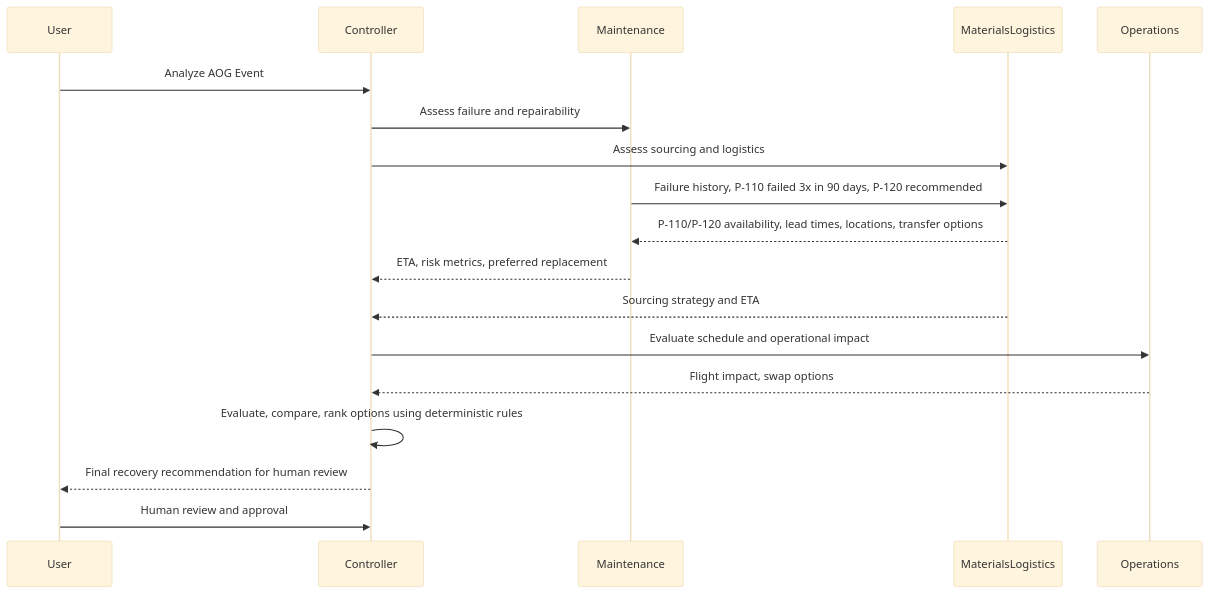
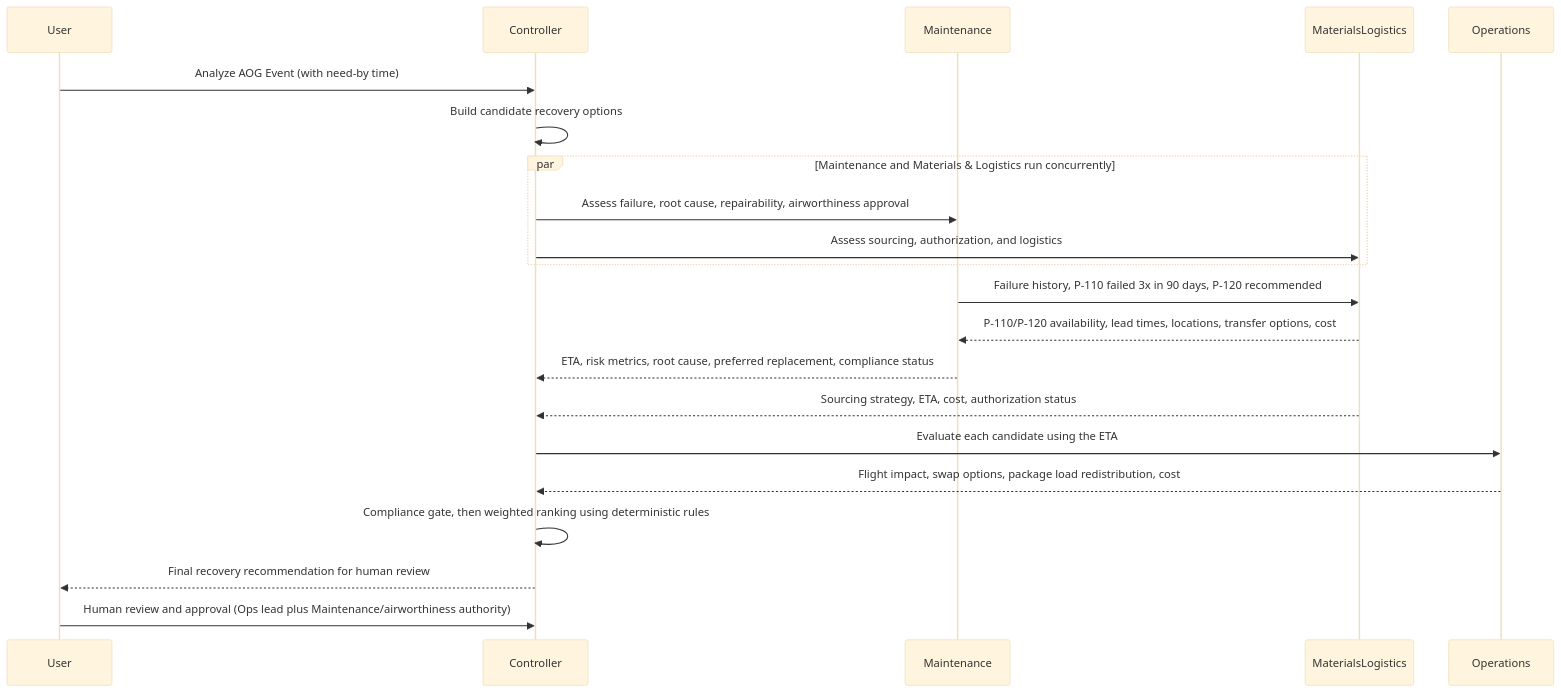
Before and after one commit to jguttikonda/fde_us03_cap: the fifth of 5 diagrams in docs/proposal.md, drawn with Mermaid (base theme). The commit also changed other lines of this file and 8 other files, not shown here.

````diff
--- a/docs/proposal.md
+++ b/docs/proposal.md
@@ -412,15 +455,18 @@
 ```mermaid
 sequenceDiagram
-User->>Controller: Analyze AOG Event
-Controller->>Maintenance: Assess failure and repairability
-Controller->>MaterialsLogistics: Assess sourcing and logistics
+User->>Controller: Analyze AOG Event (with need-by time)
+Controller->>Controller: Build candidate recovery options
+par Maintenance and Materials & Logistics run concurrently
+Controller->>Maintenance: Assess failure, root cause, repairability, airworthiness approval
+Controller->>MaterialsLogistics: Assess sourcing, authorization, and logistics
+end
 Maintenance->>MaterialsLogistics: Failure history, P-110 failed 3x in 90 days, P-120 recommended
-MaterialsLogistics-->>Maintenance: P-110/P-120 availability, lead times, locations, transfer options
-Maintenance-->>Controller: ETA, risk metrics, preferred replacement
-MaterialsLogistics-->>Controller: Sourcing strategy and ETA
-Controller->>Operations: Evaluate schedule and operational impact
-Operations-->>Controller: Flight impact, swap options
-Controller->>Controller: Evaluate, compare, rank options using deterministic rules
+MaterialsLogistics-->>Maintenance: P-110/P-120 availability, lead times, locations, transfer options, cost
+Maintenance-->>Controller: ETA, risk metrics, root cause, preferred replacement, compliance status
+MaterialsLogistics-->>Controller: Sourcing strategy, ETA, cost, authorization status
+Controller->>Operations: Evaluate each candidate using the ETA
+Operations-->>Controller: Flight impact, swap options, package load redistribution, cost
+Controller->>Controller: Compliance gate, then weighted ranking using deterministic rules
 Controller-->>User: Final recovery recommendation for human review
-User->>Controller: Human review and approval
+User->>Controller: Human review and approval (Ops lead plus Maintenance/airworthiness authority)
 ```
````
